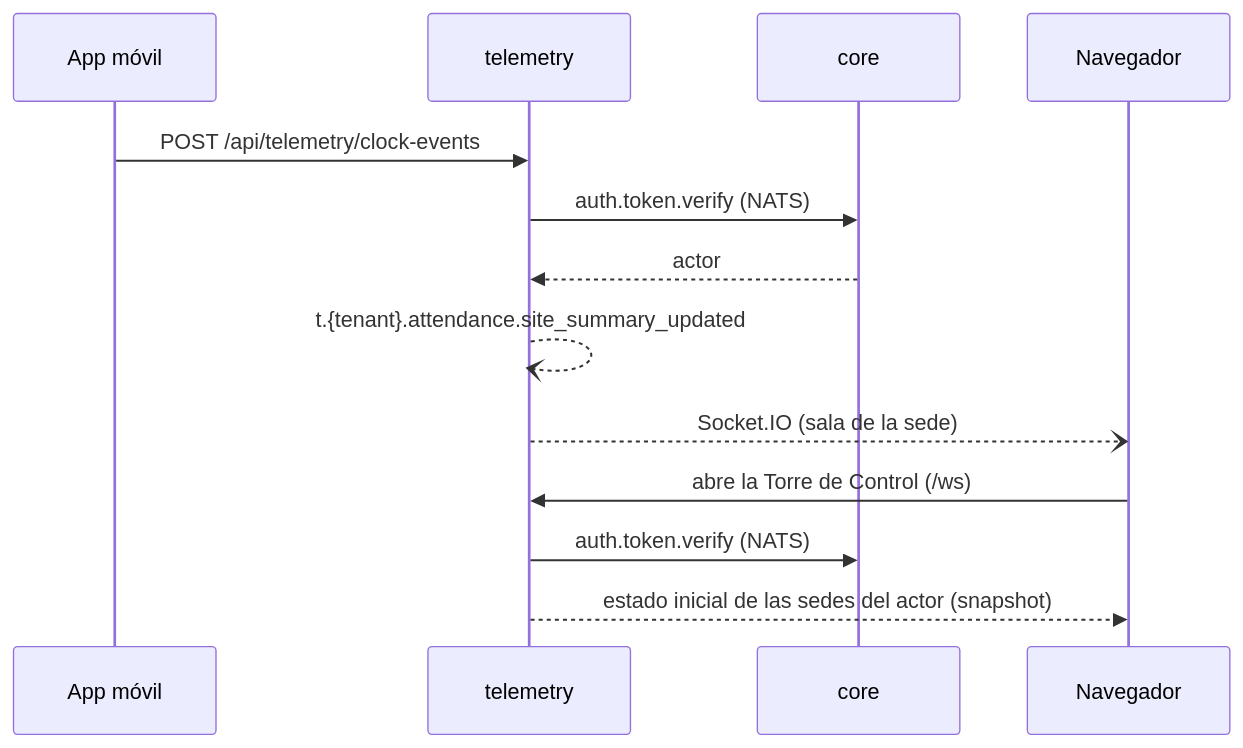
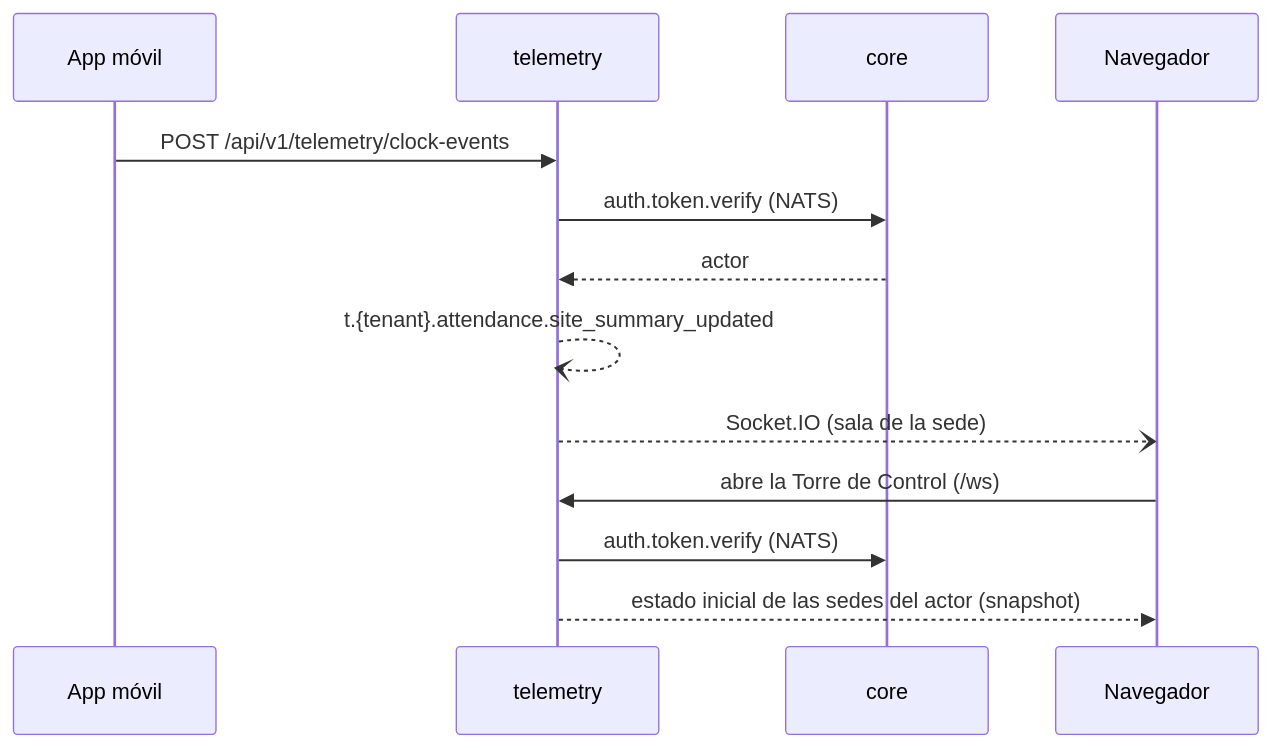
The third of 3 diagrams in backend/telemetry/README.md (Josu98888/TeamWorkFlow), drawn with Mermaid before and after one commit. The commit also changed other lines of this file and 2 other files, not shown here.

Commit message:
docs(telemetry): version telemetry routes under api v1

````diff
--- a/backend/telemetry/README.md
+++ b/backend/telemetry/README.md
@@ -111,15 +111,15 @@
 ```mermaid
 sequenceDiagram
   participant App as App móvil
   participant T as telemetry
   participant C as core
   participant Web as Navegador
-  App->>T: POST /api/telemetry/clock-events
+  App->>T: POST /api/v1/telemetry/clock-events
   T->>C: auth.token.verify (NATS)
   C-->>T: actor
   T--)T: t.{tenant}.attendance.site_summary_updated
   T--)Web: Socket.IO (sala de la sede)
   Web->>T: abre la Torre de Control (/ws)
   T->>C: auth.token.verify (NATS)
   T-->>Web: estado inicial de las sedes del actor (snapshot)
 ```
````
